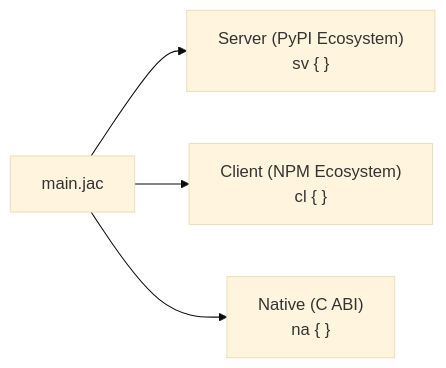
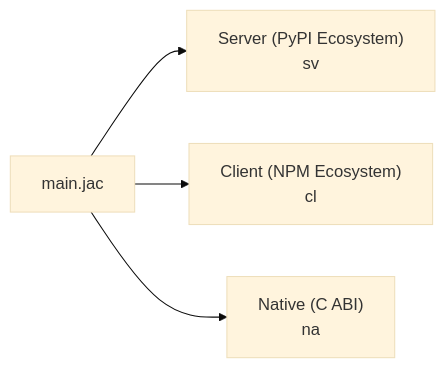
Before and after one commit to akindu-k/jaseci: the first of 2 diagrams in docs/docs/quick-guide/what-makes-jac-different.md, drawn with Mermaid (base theme). The commit also changed other lines of this file and 48 other files, not shown here.

````diff
--- a/docs/docs/quick-guide/what-makes-jac-different.md
+++ b/docs/docs/quick-guide/what-makes-jac-different.md
@@ -17,9 +17,9 @@
 ```mermaid
 graph LR
     JAC["main.jac"] --> SV["Server (PyPI Ecosystem)
-    sv { }"]
+    sv"]
     JAC --> CL["Client (NPM Ecosystem)
-    cl { }"]
+    cl"]
     JAC --> NA["Native (C ABI)
-    na { }"]
+    na"]
 ```
````
